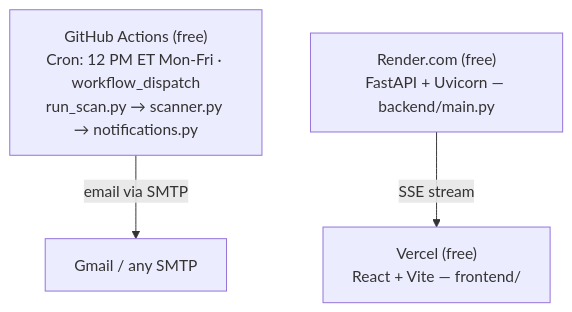
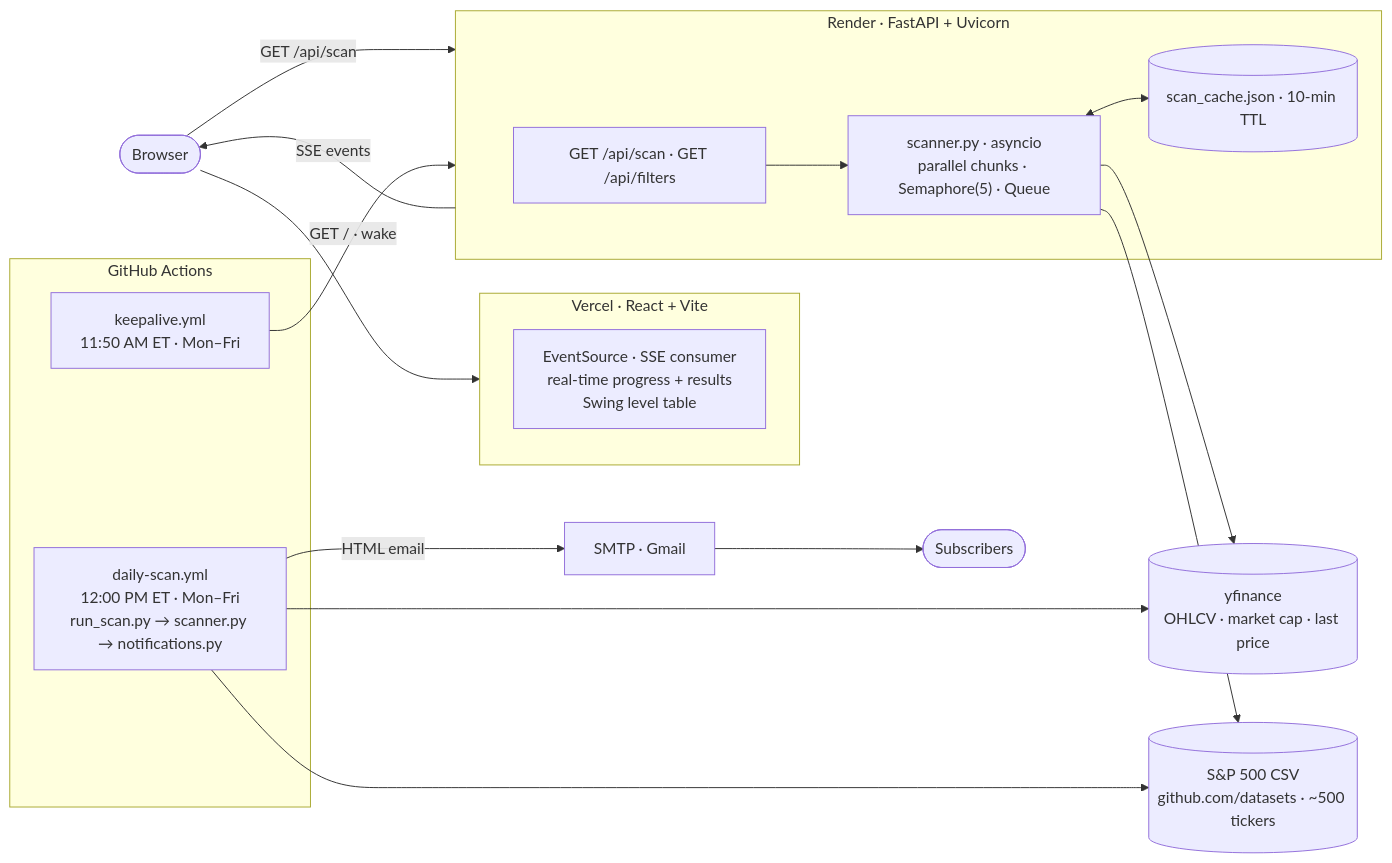
The diagram in README.md (mehtakaran9/stock-screener), drawn with Mermaid before and after one commit. The commit also changed other lines of this file and 2 other files, not shown here.

Commit message:
fix(ui): stable ETA, on-click scan, and improved architecture diagram
- ETA now starts from first progress event, not button click, so backend
  wakeup time (up to 75s) no longer inflates the elapsed baseline
- Remaining time rounds to nearest 5s to absorb burst jitter from
  parallel chunk completion
- Remove auto-scan on mount; scan only starts on explicit button click
- Update tests to reflect on-click behavior (55 pass, +1 new assertion)
- Rewrite README architecture diagram: full LR flowchart with correct SSE
  direction, asyncio internals, keepalive workflow, and data sources;
  remove all 'free' tier labels

````diff
--- a/README.md
+++ b/README.md
@@ -79,10 +79,37 @@
 ```mermaid
-flowchart TD
-    GHA["GitHub Actions (free)\nCron: 12 PM ET Mon-Fri · workflow_dispatch\nrun_scan.py → scanner.py → notifications.py"]
-    SMTP["Gmail / any SMTP"]
-    Vercel["Vercel (free)\nReact + Vite — frontend/"]
-    Render["Render.com (free)\nFastAPI + Uvicorn — backend/main.py"]
+flowchart LR
+    browser(["Browser"])
 
-    GHA -->|email via SMTP| SMTP
-    Render -->|SSE stream| Vercel
+    subgraph vercel ["Vercel · React + Vite"]
+        ui["EventSource · SSE consumer\nreal-time progress + results\nSwing level table"]
+    end
+
+    subgraph render ["Render · FastAPI + Uvicorn"]
+        api["GET /api/scan · GET /api/filters"]
+        scanner["scanner.py · asyncio\nparallel chunks · Semaphore(5) · Queue"]
+        cache[("scan_cache.json · 10-min TTL")]
+        api --> scanner
+        scanner <--> cache
+    end
+
+    subgraph gha ["GitHub Actions"]
+        keepalive["keepalive.yml\n11:50 AM ET · Mon–Fri"]
+        daily["daily-scan.yml\n12:00 PM ET · Mon–Fri\nrun_scan.py → scanner.py → notifications.py"]
+    end
+
+    yf[("yfinance\nOHLCV · market cap · last price")]
+    sp500[("S&P 500 CSV\ngithub.com/datasets · ~500 tickers")]
+    smtp["SMTP · Gmail"]
+    subs(["Subscribers"])
+
+    browser --> vercel
+    browser -->|GET /api/scan| render
+    render -->|SSE events| browser
+    keepalive -->|"GET / · wake"| render
+    scanner --> yf
+    scanner --> sp500
+    daily --> yf
+    daily --> sp500
+    daily -->|HTML email| smtp
+    smtp --> subs
 ```
````
